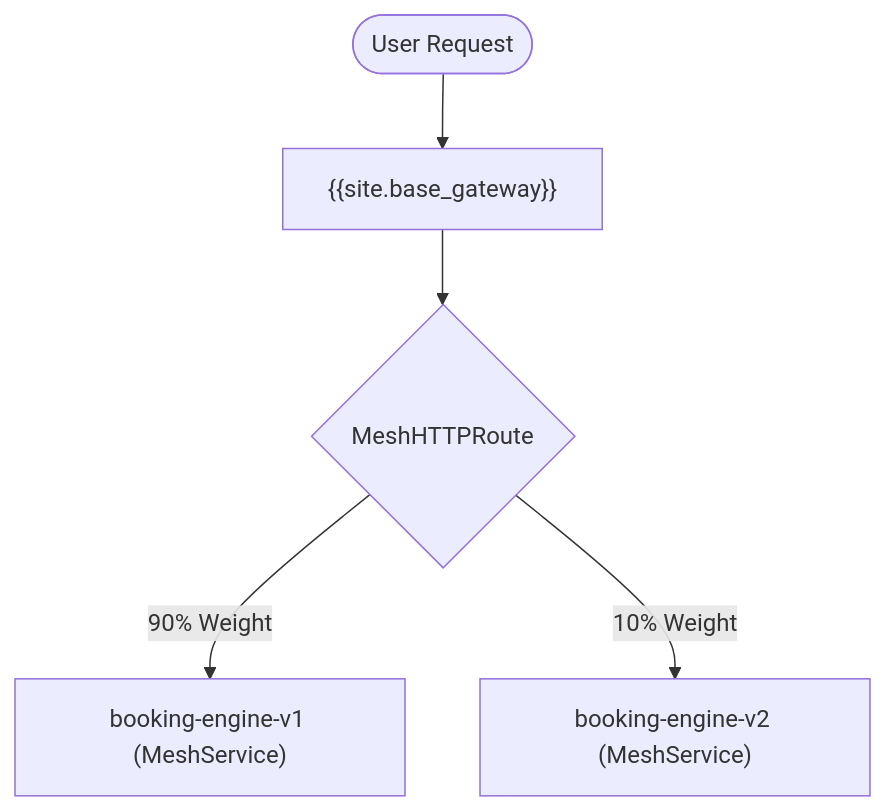
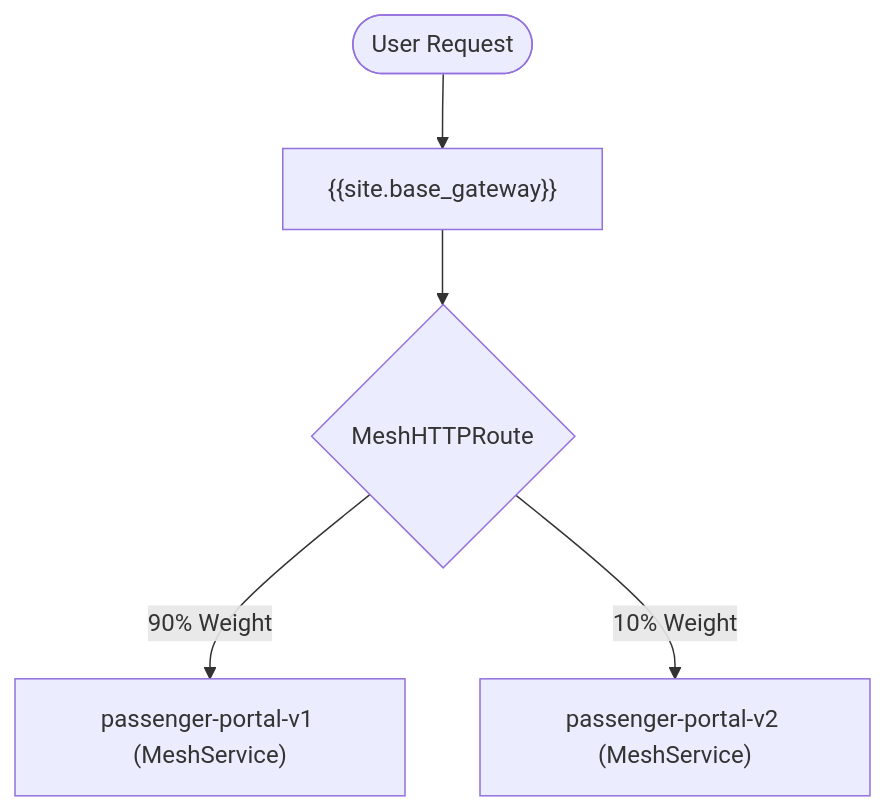
Before and after one commit to Kong/developer.konghq.com: the diagram in app/mesh/scenarios/traffic-splitting-meshservices.md, drawn with Mermaid. The commit also changed other lines of this file and 24 other files, not shown here.

```diff
--- a/app/mesh/scenarios/traffic-splitting-meshservices.md
+++ b/app/mesh/scenarios/traffic-splitting-meshservices.md
@@ -54,7 +54,7 @@
 {% mermaid %}
 graph TD
     User([User Request]) --> Gateway["{{site.base_gateway}}"]
     Gateway --> Route{"MeshHTTPRoute"}
-    Route -->|"90% Weight"| Stable["booking-engine-v1 (MeshService)"]
-    Route -->|"10% Weight"| Canary["booking-engine-v2 (MeshService)"]
+    Route -->|"90% Weight"| Stable["passenger-portal-v1 (MeshService)"]
+    Route -->|"10% Weight"| Canary["passenger-portal-v2 (MeshService)"]
 {% endmermaid %}
```
